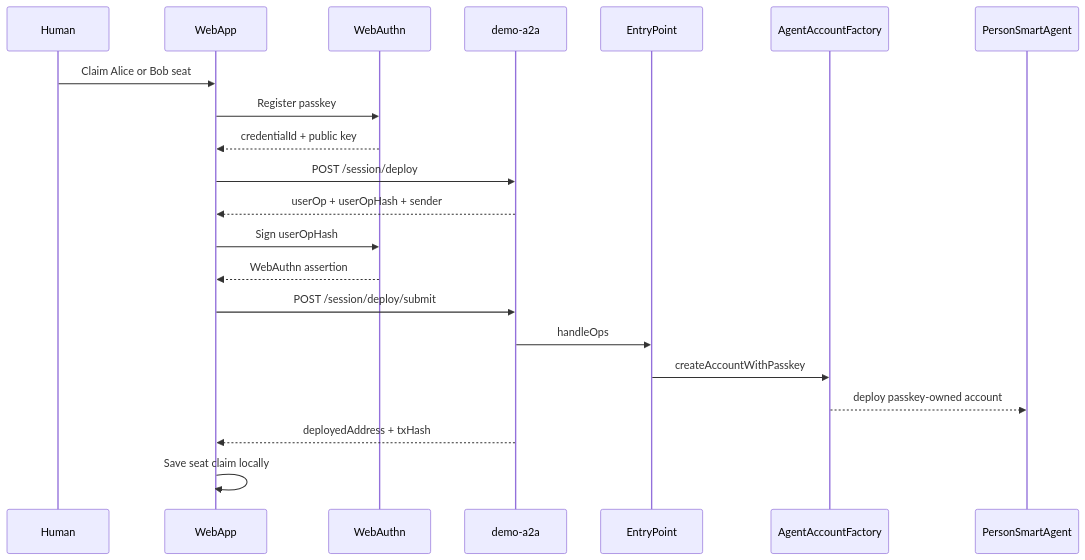
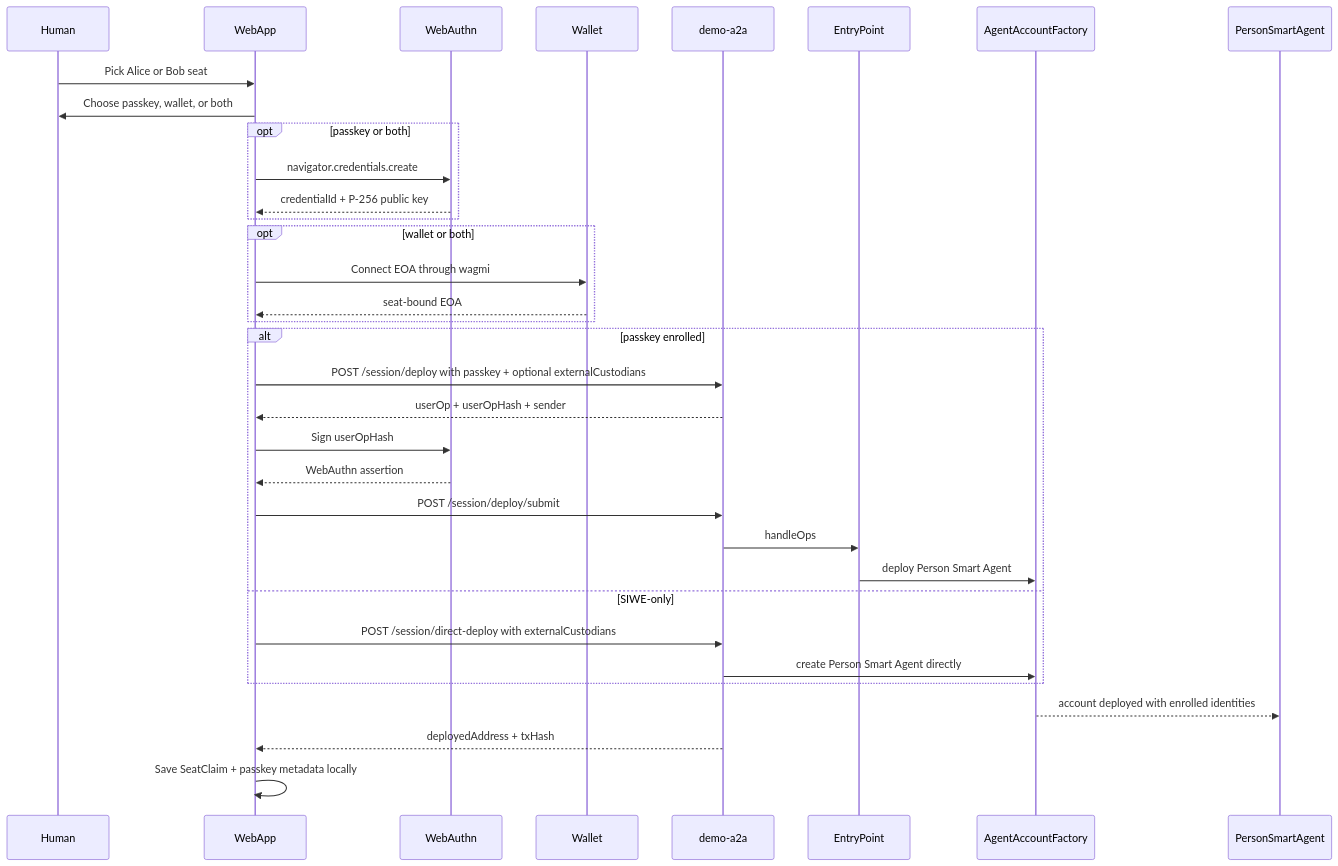
Before and after one commit to rpedersen3/agenticprimitives-6-17-26: the second of 7 diagrams in apps/demo-web-pro/docs/treasury-service-agent/guide.md, drawn with Mermaid. The commit also changed other lines of this file and 8 other files, not shown here.

````diff
--- a/apps/demo-web-pro/docs/treasury-service-agent/guide.md
+++ b/apps/demo-web-pro/docs/treasury-service-agent/guide.md
@@ -251,24 +296,39 @@
 ```mermaid
 sequenceDiagram
   participant Human
   participant WebApp
   participant WebAuthn
+  participant Wallet
   participant A2A as demo-a2a
   participant EntryPoint
   participant Factory as AgentAccountFactory
   participant PSA as PersonSmartAgent
 
-  Human->>WebApp: Claim Alice or Bob seat
-  WebApp->>WebAuthn: Register passkey
-  WebAuthn-->>WebApp: credentialId + public key
-  WebApp->>A2A: POST /session/deploy
-  A2A-->>WebApp: userOp + userOpHash + sender
-  WebApp->>WebAuthn: Sign userOpHash
-  WebAuthn-->>WebApp: WebAuthn assertion
-  WebApp->>A2A: POST /session/deploy/submit
-  A2A->>EntryPoint: handleOps
-  EntryPoint->>Factory: createAccountWithPasskey
-  Factory-->>PSA: deploy passkey-owned account
+  Human->>WebApp: Pick Alice or Bob seat
+  WebApp->>Human: Choose passkey, wallet, or both
+  opt passkey or both
+    WebApp->>WebAuthn: navigator.credentials.create
+    WebAuthn-->>WebApp: credentialId + P-256 public key
+  end
+  opt wallet or both
+    WebApp->>Wallet: Connect EOA through wagmi
+    Wallet-->>WebApp: seat-bound EOA
+  end
+
+  alt passkey enrolled
+    WebApp->>A2A: POST /session/deploy with passkey + optional externalCustodians
+    A2A-->>WebApp: userOp + userOpHash + sender
+    WebApp->>WebAuthn: Sign userOpHash
+    WebAuthn-->>WebApp: WebAuthn assertion
+    WebApp->>A2A: POST /session/deploy/submit
+    A2A->>EntryPoint: handleOps
+    EntryPoint->>Factory: deploy Person Smart Agent
+  else SIWE-only
+    WebApp->>A2A: POST /session/direct-deploy with externalCustodians
+    A2A->>Factory: create Person Smart Agent directly
+  end
+
+  Factory-->>PSA: account deployed with enrolled identities
   A2A-->>WebApp: deployedAddress + txHash
-  WebApp->>WebApp: Save seat claim locally
+  WebApp->>WebApp: Save SeatClaim + passkey metadata locally
 ```
````
